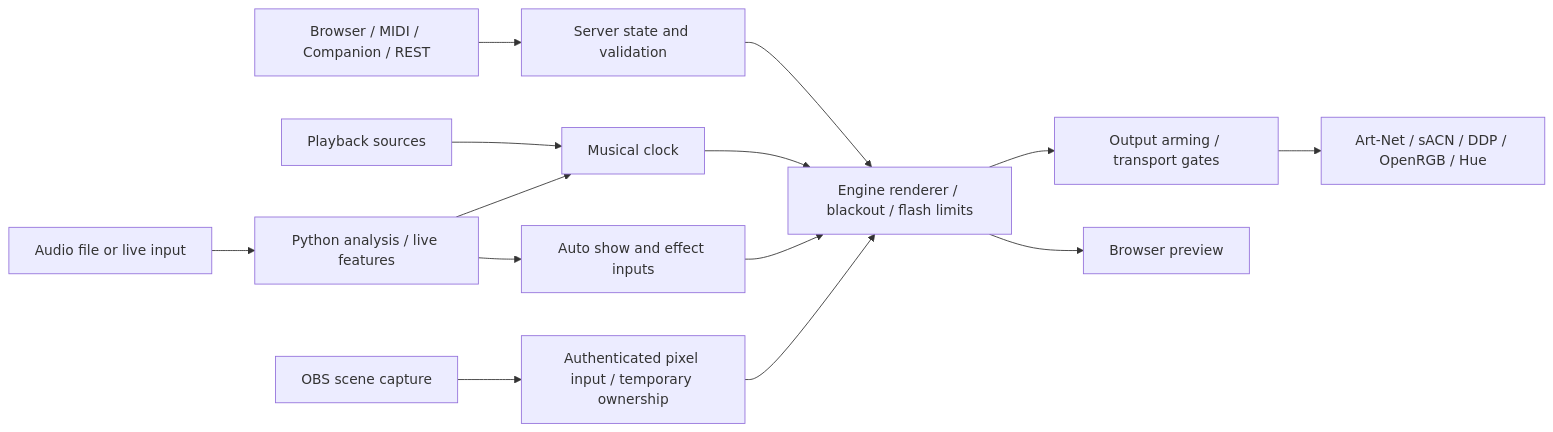
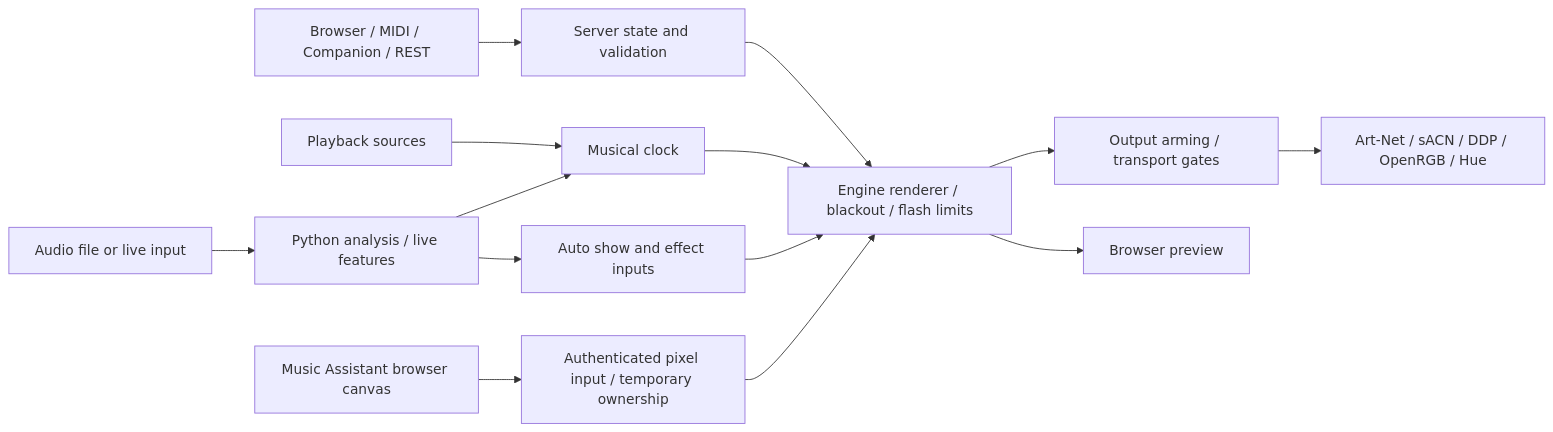
The diagram in README.md (tyclab/artnet-lightshow), drawn with Mermaid before and after one commit. The commit also changed other lines of this file and 20 other files, not shown here.

First line of the commit message:
feat(tools): drive the curtain from the browser visualizer instead of OBS

````diff
--- a/README.md
+++ b/README.md
@@ -10,16 +10,16 @@
 ```mermaid
 flowchart LR
   Controls[Browser / MIDI / Companion / REST] --> Server[Server state and validation]
   Playback[Playback sources] --> Clock[Musical clock]
   Audio[Audio file or live input] --> Analysis[Python analysis / live features]
   Analysis --> Show[Auto show and effect inputs]
   Analysis --> Clock
-  Screen[OBS scene capture] --> Pixels[Authenticated pixel input / temporary ownership]
+  Screen[Music Assistant browser canvas] --> Pixels[Authenticated pixel input / temporary ownership]
   Pixels --> Engine
   Clock --> Engine[Engine renderer / blackout / flash limits]
   Server --> Engine
   Show --> Engine
   Engine --> Preview[Browser preview]
   Engine --> Guard[Output arming / transport gates]
   Guard --> Outputs[Art-Net / sACN / DDP / OpenRGB / Hue]
 ```
````
